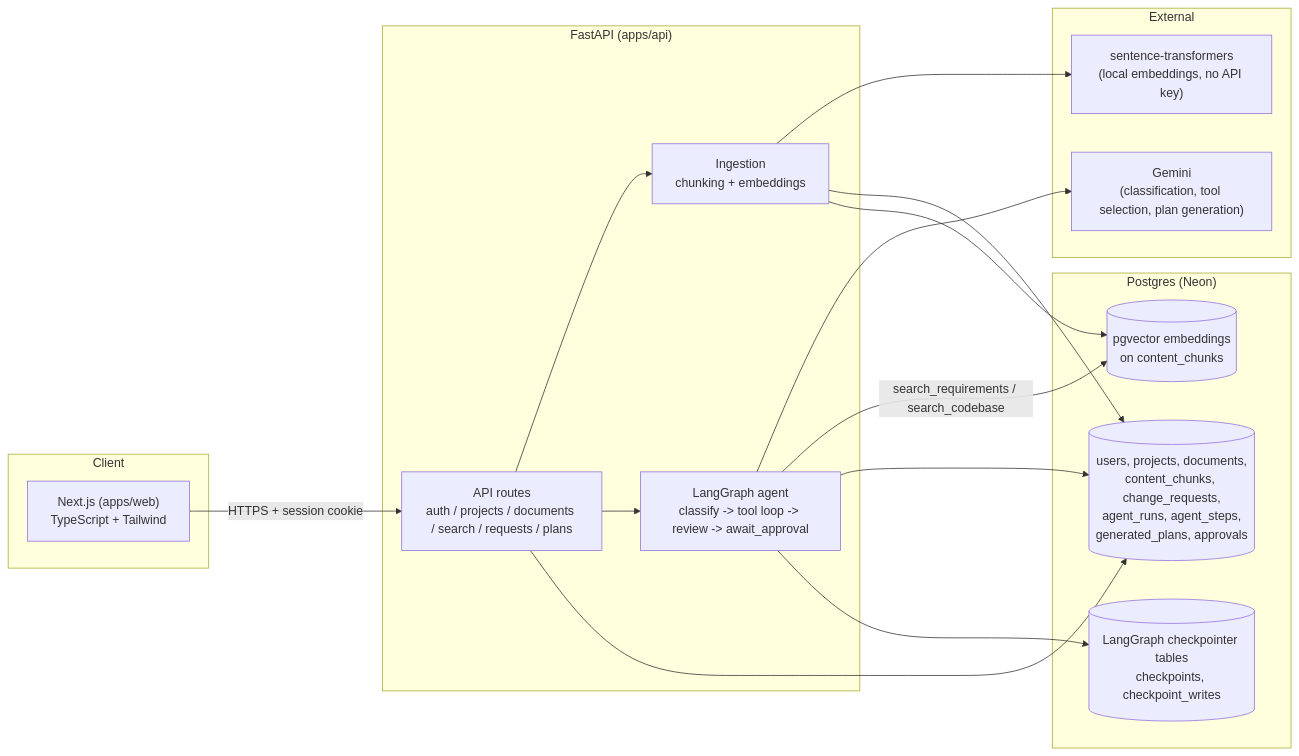
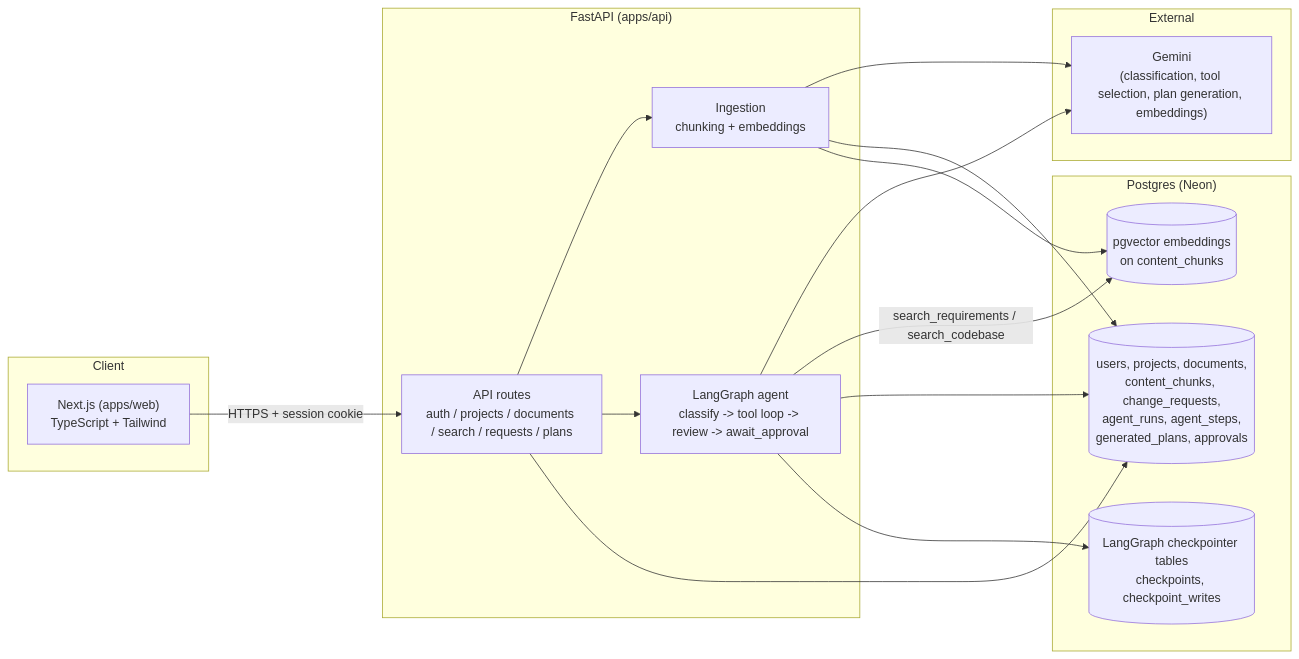
The first of 2 diagrams in docs/architecture.md (Kartiksingh45/Spectrace-AI), drawn with Mermaid before and after one commit. The commit also changed 8 other files, not shown here.

First line of the commit message:
Replace local sentence-transformers embeddings with Gemini's embedding API

````diff
--- a/docs/architecture.md
+++ b/docs/architecture.md
@@ -5,35 +5,34 @@
 ```mermaid
 flowchart LR
     subgraph Client
         Web["Next.js (apps/web)\nTypeScript + Tailwind"]
     end
 
     subgraph Backend["FastAPI (apps/api)"]
         API["API routes\nauth / projects / documents / search / requests / plans"]
         Agent["LangGraph agent\nclassify -> tool loop -> review -> await_approval"]
         Ingest["Ingestion\nchunking + embeddings"]
     end
 
     subgraph Data["Postgres (Neon)"]
         PG[("users, projects, documents,\ncontent_chunks, change_requests,\nagent_runs, agent_steps,\ngenerated_plans, approvals")]
         Vec[("pgvector embeddings\non content_chunks")]
         Checkpoint[("LangGraph checkpointer tables\ncheckpoints, checkpoint_writes")]
     end
 
     subgraph External
-        Gemini["Gemini\n(classification, tool selection, plan generation)"]
-        ST["sentence-transformers\n(local embeddings, no API key)"]
+        Gemini["Gemini\n(classification, tool selection, plan generation, embeddings)"]
     end
 
     Web -- "HTTPS + session cookie" --> API
     API --> Ingest
-    Ingest --> ST
+    Ingest --> Gemini
     Ingest --> PG
     Ingest --> Vec
     API --> Agent
     Agent --> Gemini
     Agent -- "search_requirements / search_codebase" --> Vec
     Agent --> PG
     Agent --> Checkpoint
     API --> PG
 ```
````
